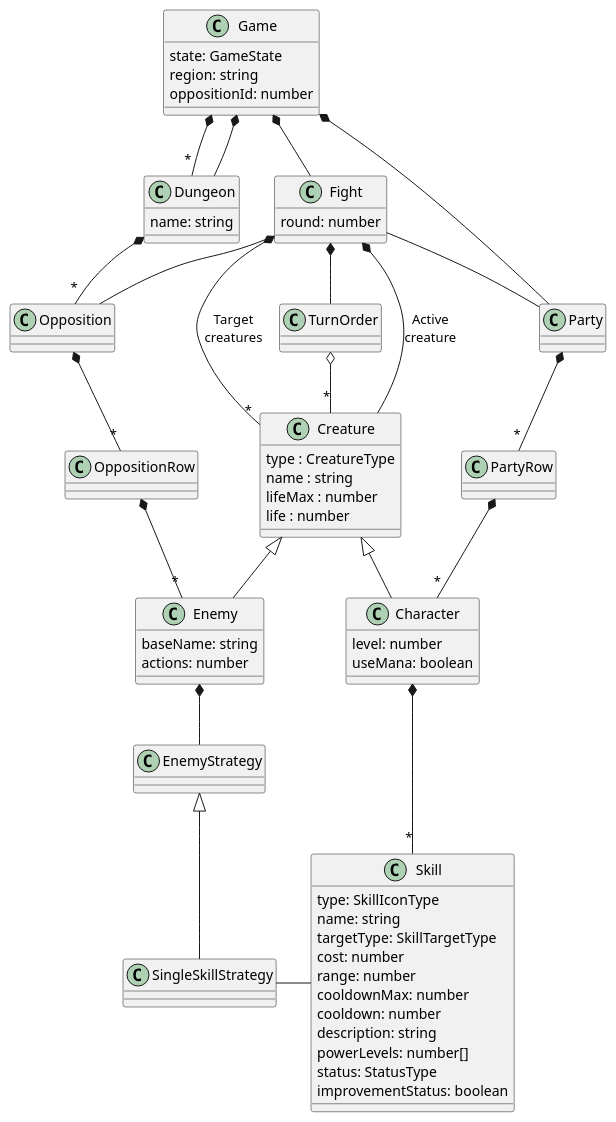
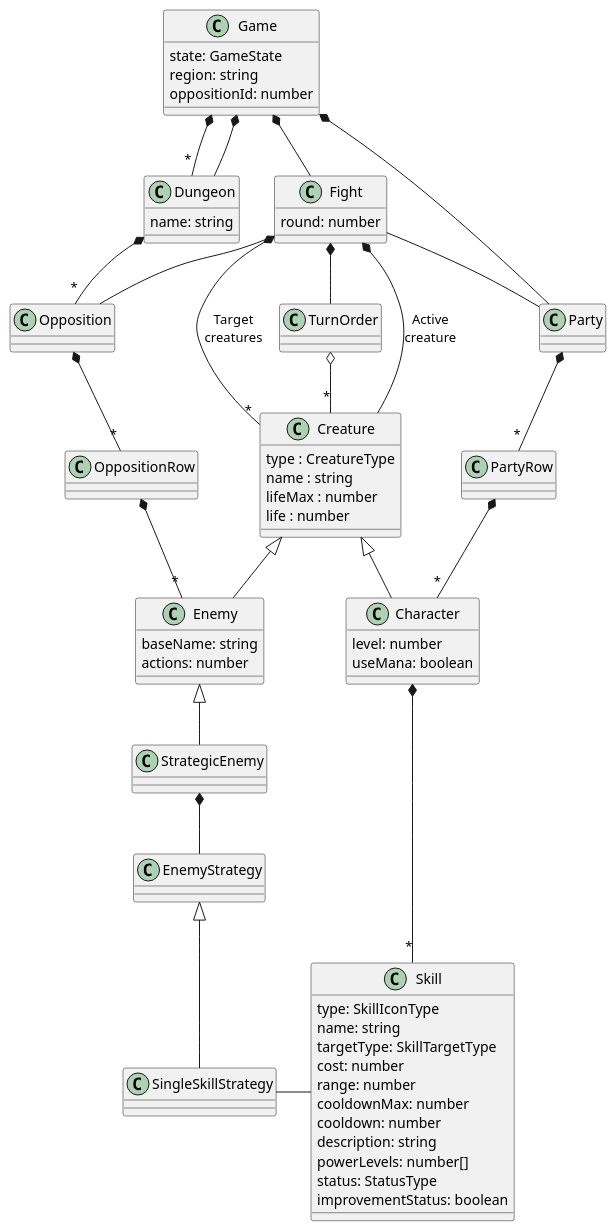
Before and after one commit to fbeaufume/draconis: the diagram in doc/model.puml, drawn with PlantUML. The commit also changed 5 other files, not shown here.

Commit message:
Added an enemy class with strategy

```diff
--- a/doc/model.puml
+++ b/doc/model.puml
@@ -1,92 +1,96 @@
 @startuml
 
 class Game {
   state: GameState
   region: string
   oppositionId: number
 }
 
 class Dungeon {
   name: string
 }
 
 class Fight {
   round: number
 }
 
 
 class Party {
 }
 
 class PartyRow {
 }
 
 class Opposition {
 }
 
 class OppositionRow {
 }
 
 class TurnOrder {
 }
 
 class Creature {
   type : CreatureType
   name : string
   lifeMax : number
   life : number
 }
 
 class Character {
   level: number
   useMana: boolean
 }
 
 class Enemy {
   baseName: string
   actions: number
 }
 
+class StrategicEnemy {
+}
+
 class EnemyStrategy {
 }
 
 class SingleSkillStrategy {
 }
 
 class Skill {
   type: SkillIconType
   name: string
   targetType: SkillTargetType
   cost: number
   range: number
   cooldownMax: number
   cooldown: number
   description: string
   powerLevels: number[]
   status: StatusType
   improvementStatus: boolean
 }
 
 Game *-- Party
 Game *-- Fight
 Game *-- "*" Dungeon
 Game *-- Dungeon
 Dungeon *-- "*" Opposition
 Fight -- Party
 Fight -- Opposition
 Fight *-- TurnOrder
 Fight *-- Creature : "Active\ncreature"
 Fight *-- "*" Creature : "Target\ncreatures"
 TurnOrder o-- "*" Creature
 Party *-- "*" PartyRow
 PartyRow *-- "*" Character
 Opposition *-- "*" OppositionRow
 OppositionRow *-- "*" Enemy
 Creature <|-- Character
 Character *-- "*" Skill
-Enemy *-- EnemyStrategy
 Creature <|-- Enemy
+Enemy <|-- StrategicEnemy
+StrategicEnemy *-- EnemyStrategy
 EnemyStrategy <|-- SingleSkillStrategy
 SingleSkillStrategy -right- Skill
 
 @enduml
```
